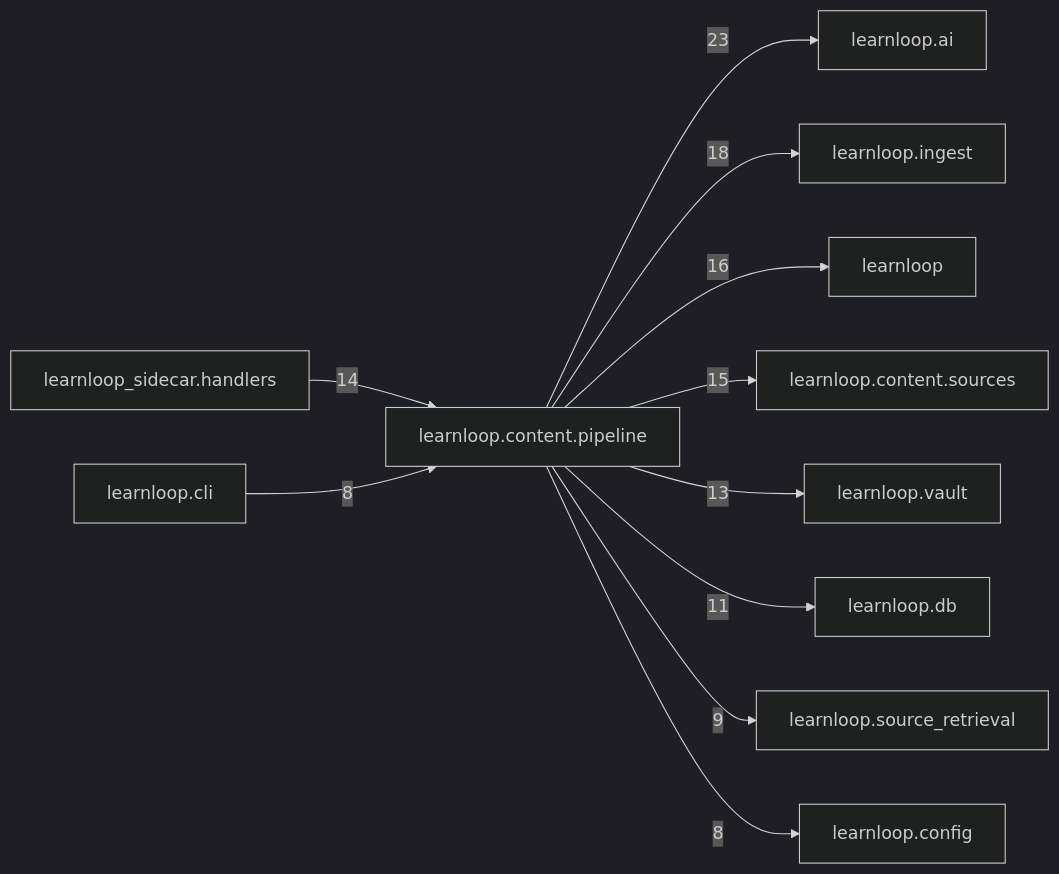
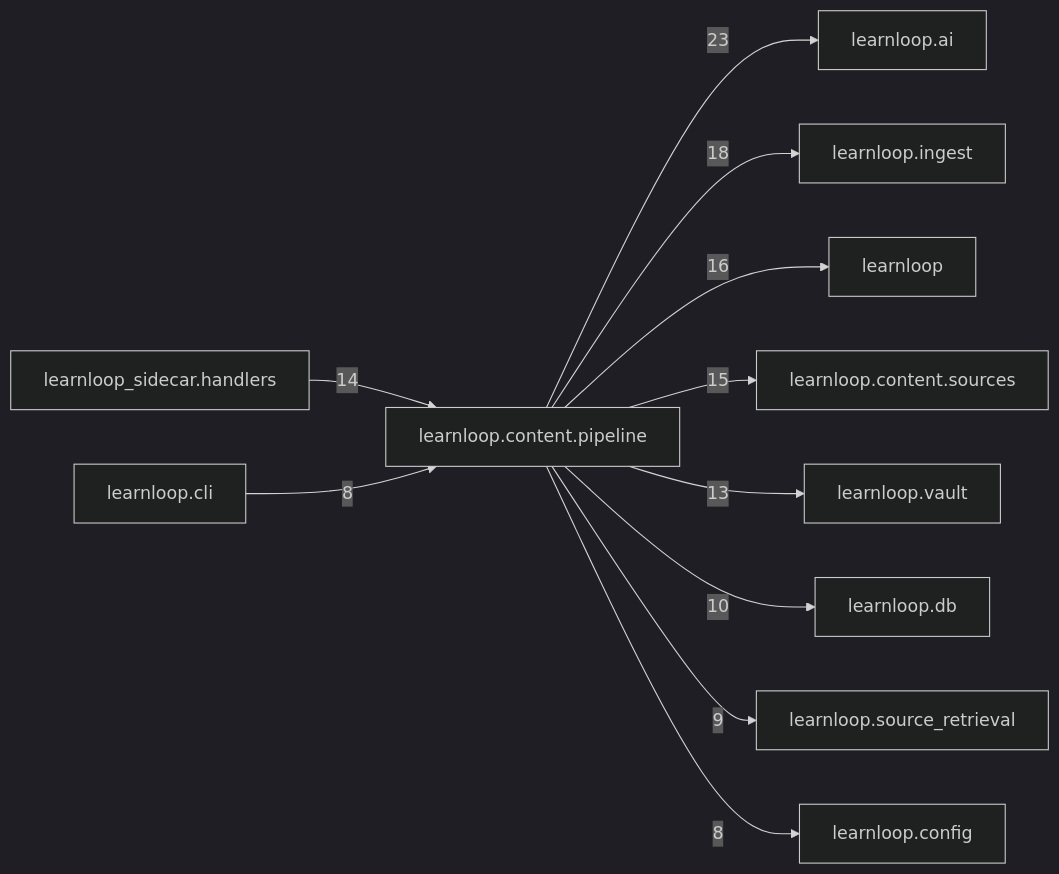
Before and after one commit to 6up-b/learnanything: the diagram in docs/learnloop-architecture-vault/Reference/Modules/learnloop/content/pipeline/_package.md, drawn with Mermaid (dark theme). The commit also changed other lines of this file and 26 other files, not shown here.

````diff
--- a/docs/learnloop-architecture-vault/Reference/Modules/learnloop/content/pipeline/_package.md
+++ b/docs/learnloop-architecture-vault/Reference/Modules/learnloop/content/pipeline/_package.md
@@ -110,24 +110,24 @@
 ```mermaid
 flowchart LR
     center["learnloop.content.pipeline"]
     n_learnloop_ai["learnloop.ai"]
     n_learnloop_ingest["learnloop.ingest"]
     n_learnloop["learnloop"]
     n_learnloop_content_sources["learnloop.content.sources"]
     n_learnloop_sidecar_handlers["learnloop_sidecar.handlers"]
     n_learnloop_vault["learnloop.vault"]
     n_learnloop_db["learnloop.db"]
     n_learnloop_source_retrieval["learnloop.source_retrieval"]
     n_learnloop_cli["learnloop.cli"]
     n_learnloop_config["learnloop.config"]
     center -->|23| n_learnloop_ai
     center -->|18| n_learnloop_ingest
     center -->|16| n_learnloop
     center -->|15| n_learnloop_content_sources
     n_learnloop_sidecar_handlers -->|14| center
     center -->|13| n_learnloop_vault
-    center -->|11| n_learnloop_db
+    center -->|10| n_learnloop_db
     center -->|9| n_learnloop_source_retrieval
     n_learnloop_cli -->|8| center
     center -->|8| n_learnloop_config
 ```
````
